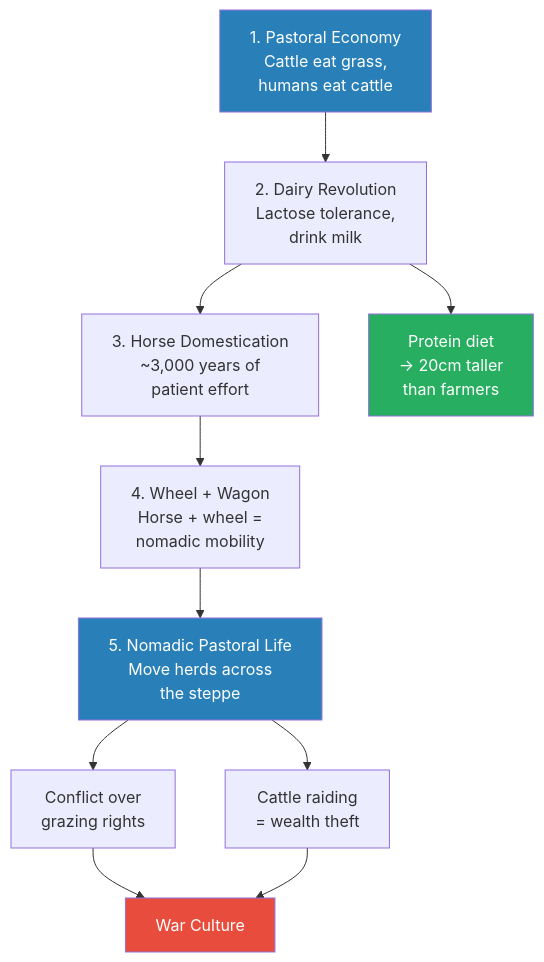
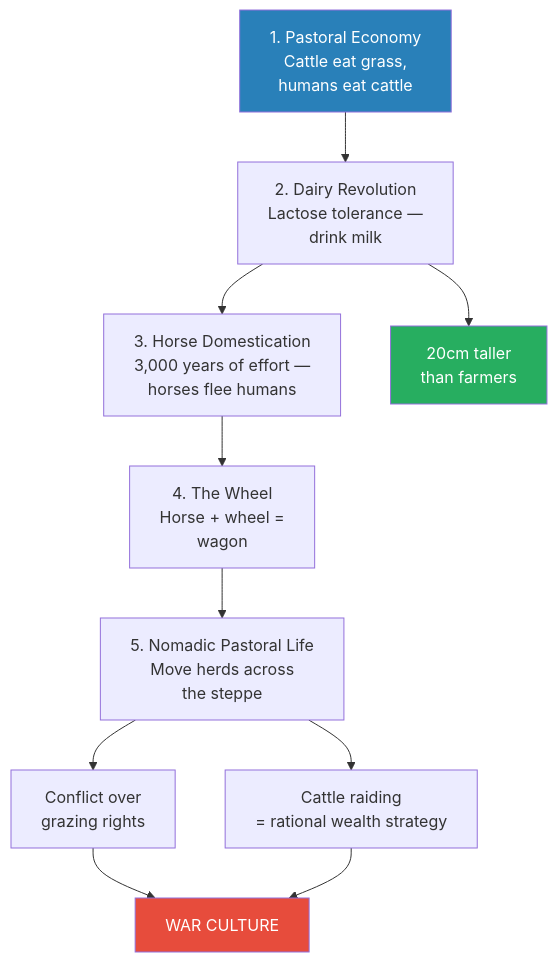
Before and after one commit to alius33/reader: the third of 6 diagrams in summaries/Lectures/Civilization/05 - The Yamnaya Conquest of Europe.md, drawn with Mermaid. The commit also changed other lines of this file and 26 other files, not shown here.

````diff
--- a/summaries/Lectures/Civilization/05 - The Yamnaya Conquest of Europe.md
+++ b/summaries/Lectures/Civilization/05 - The Yamnaya Conquest of Europe.md
@@ -182,15 +163,14 @@
 ```mermaid
 flowchart TB
-    I1["1. Pastoral Economy<br/>Cattle eat grass,<br/>humans eat cattle"] --> I2["2. Dairy Revolution<br/>Lactose tolerance,<br/>drink milk"]
-    I2 --> I3["3. Horse Domestication<br/>~3,000 years of<br/>patient effort"]
-    I3 --> I4["4. Wheel + Wagon<br/>Horse + wheel =<br/>nomadic mobility"]
+    I1["1. Pastoral Economy<br/>Cattle eat grass,<br/>humans eat cattle"] --> I2["2. Dairy Revolution<br/>Lactose tolerance —<br/>drink milk"]
+    I2 --> I3["3. Horse Domestication<br/>3,000 years of effort —<br/>horses flee humans"]
+    I3 --> I4["4. The Wheel<br/>Horse + wheel =<br/>wagon"]
     I4 --> I5["5. Nomadic Pastoral Life<br/>Move herds across<br/>the steppe"]
-    I2 --> P["Protein diet<br/>→ 20cm taller<br/>than farmers"]
-    I5 --> C1["Conflict over<br/>grazing rights"]
-    I5 --> C2["Cattle raiding<br/>= wealth theft"]
-    C1 & C2 --> W["War Culture"]
+    I2 --> HT["20cm taller<br/>than farmers"]
+    I5 --> GR["Conflict over<br/>grazing rights"]
+    I5 --> CR["Cattle raiding<br/>= rational wealth strategy"]
+    GR & CR --> WC["WAR CULTURE"]
     style I1 fill:#2980b9,color:#fff
-    style I5 fill:#2980b9,color:#fff
-    style W fill:#e74c3c,color:#fff
-    style P fill:#27ae60,color:#fff
+    style WC fill:#e74c3c,color:#fff
+    style HT fill:#27ae60,color:#fff
 ```
````
